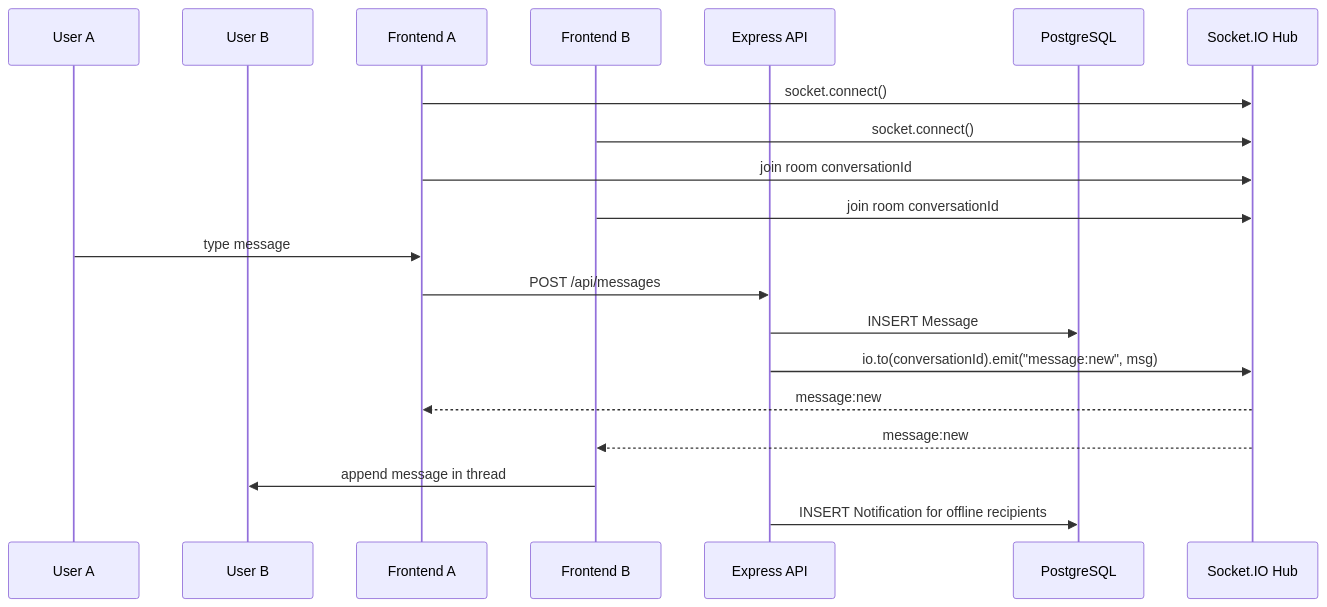
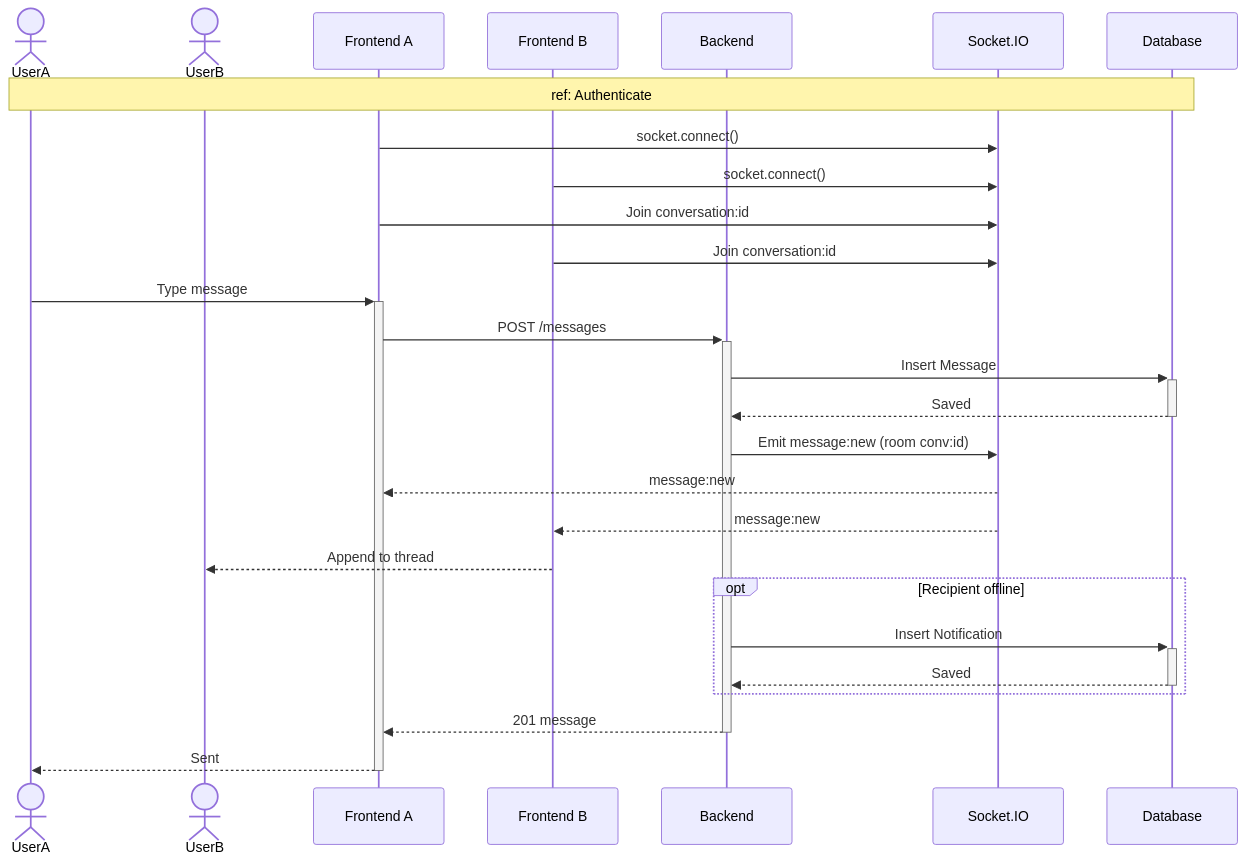
One commit to MaizaAymen/OmniLearn changed the tenth of 19 diagrams in docs/11_flows_and_diagrams.md. Above: the diagram before and after it, drawn with Mermaid. The commit also changed other lines of this file and 4 other files, not shown here.

````diff
--- a/docs/11_flows_and_diagrams.md
+++ b/docs/11_flows_and_diagrams.md
@@ -491,23 +525,34 @@
 ```mermaid
 sequenceDiagram
-  participant A as User A
-  participant B as User B
-  participant FE_A as Frontend A
-  participant FE_B as Frontend B
-  participant API as Express API
-  participant DB as PostgreSQL
-  participant IO as Socket.IO Hub
+    actor UserA
+    actor UserB
+    participant FE_A as Frontend A
+    participant FE_B as Frontend B
+    participant API as Backend
+    participant Hub as Socket.IO
+    participant DB as Database
 
-  FE_A->>IO: socket.connect()
-  FE_B->>IO: socket.connect()
-  FE_A->>IO: join room conversationId
-  FE_B->>IO: join room conversationId
-  A->>FE_A: type message
-  FE_A->>API: POST /api/messages
-  API->>DB: INSERT Message
-  API->>IO: io.to(conversationId).emit("message:new", msg)
-  IO-->>FE_A: message:new
-  IO-->>FE_B: message:new
-  FE_B->>B: append message in thread
-  API->>DB: INSERT Notification for offline recipients
+    Note over UserA,DB: ref: Authenticate
+
+    FE_A->>Hub: socket.connect()
+    FE_B->>Hub: socket.connect()
+    FE_A->>Hub: Join conversation:id
+    FE_B->>Hub: Join conversation:id
+
+    UserA->>+FE_A: Type message
+    FE_A->>+API: POST /messages
+    API->>+DB: Insert Message
+    DB-->>-API: Saved
+    API->>Hub: Emit message:new (room conv:id)
+    Hub-->>FE_A: message:new
+    Hub-->>FE_B: message:new
+    FE_B-->>UserB: Append to thread
+
+    opt Recipient offline
+        API->>+DB: Insert Notification
+        DB-->>-API: Saved
+    end
+
+    API-->>-FE_A: 201 message
+    FE_A-->>-UserA: Sent
 ```
````
